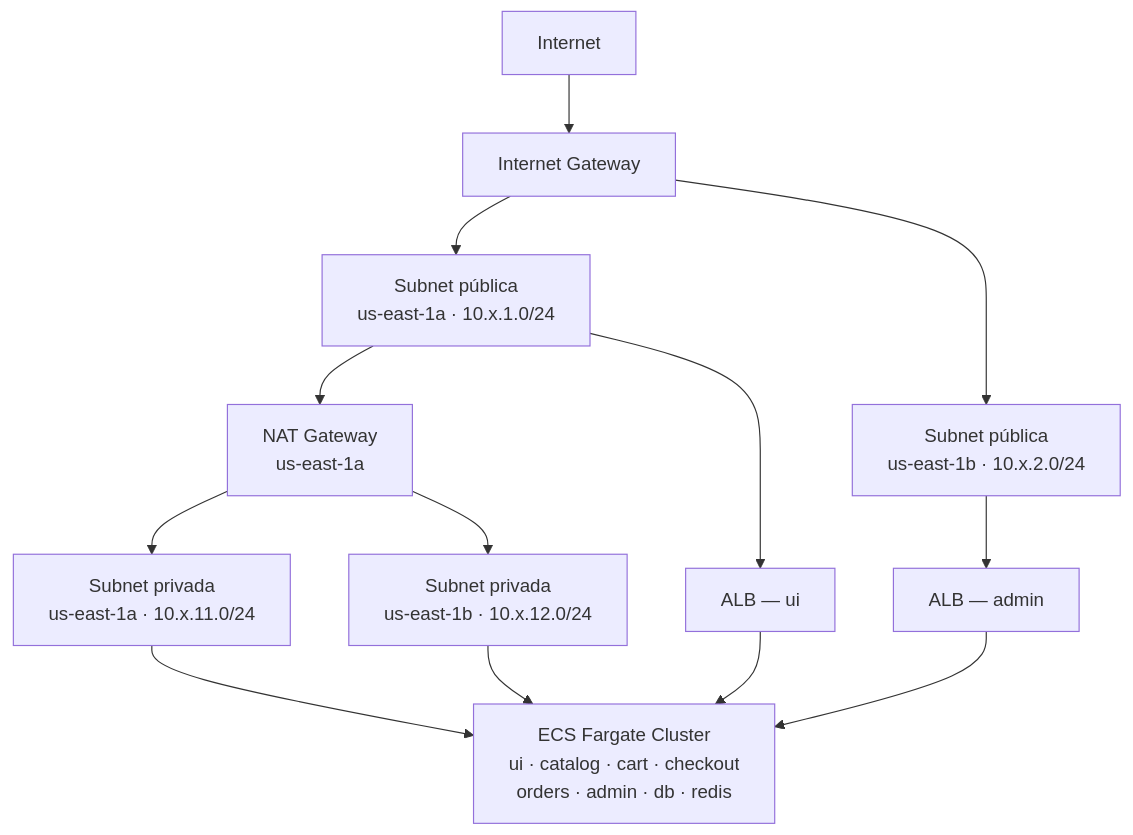
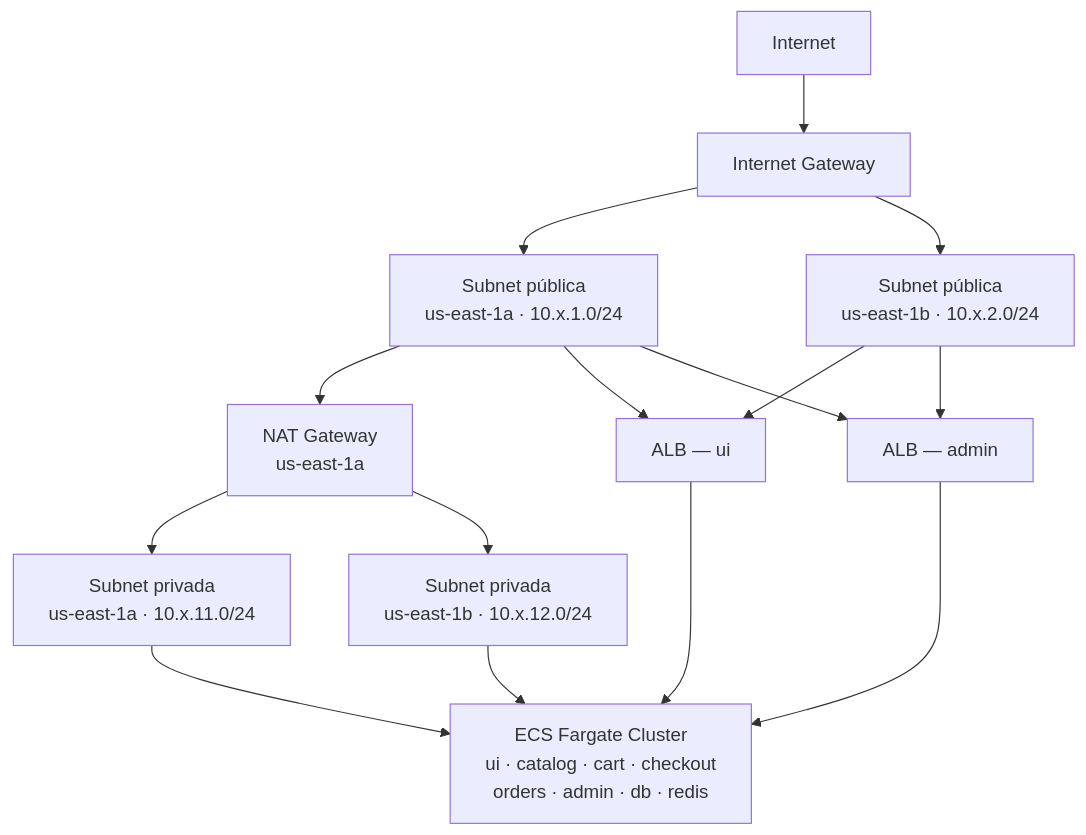
The first of 7 diagrams in docs/arquitectura.md (Luis-Mendaro/RetailStore-Obligatorio), drawn with Mermaid before and after one commit. The commit also changed 1 other file, not shown here.

Commit message:
docs: corregir diagramas — ALBs en ambas subnets, admin puerto 8080 (#21) (#22)

````diff
--- a/docs/arquitectura.md
+++ b/docs/arquitectura.md
@@ -5,15 +5,17 @@
 ```mermaid
 graph TD
     Internet --> IGW[Internet Gateway]
     IGW --> PubA["Subnet pública\nus-east-1a · 10.x.1.0/24"]
     IGW --> PubB["Subnet pública\nus-east-1b · 10.x.2.0/24"]
     PubA --> NAT["NAT Gateway\nus-east-1a"]
     PubA --> ALB_UI[ALB — ui]
-    PubB --> ALB_Admin[ALB — admin]
+    PubB --> ALB_UI
+    PubA --> ALB_Admin[ALB — admin]
+    PubB --> ALB_Admin
     NAT --> PrivA["Subnet privada\nus-east-1a · 10.x.11.0/24"]
     NAT --> PrivB["Subnet privada\nus-east-1b · 10.x.12.0/24"]
     ALB_UI --> ECS["ECS Fargate Cluster\nui · catalog · cart · checkout\norders · admin · db · redis"]
     ALB_Admin --> ECS
     PrivA --> ECS
     PrivB --> ECS
 ```
````
